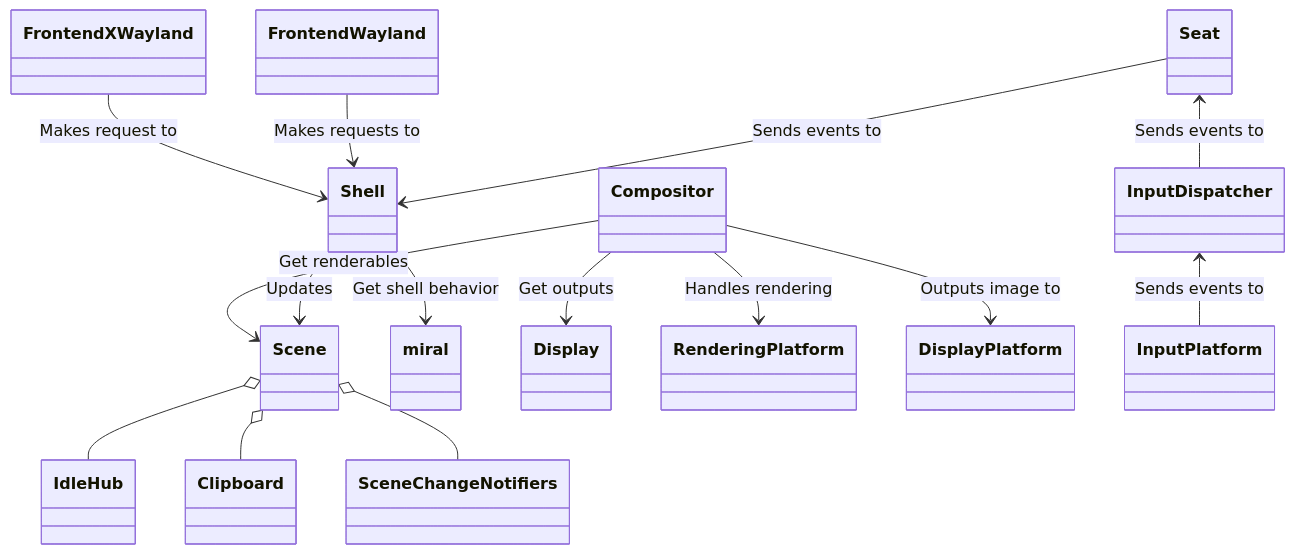
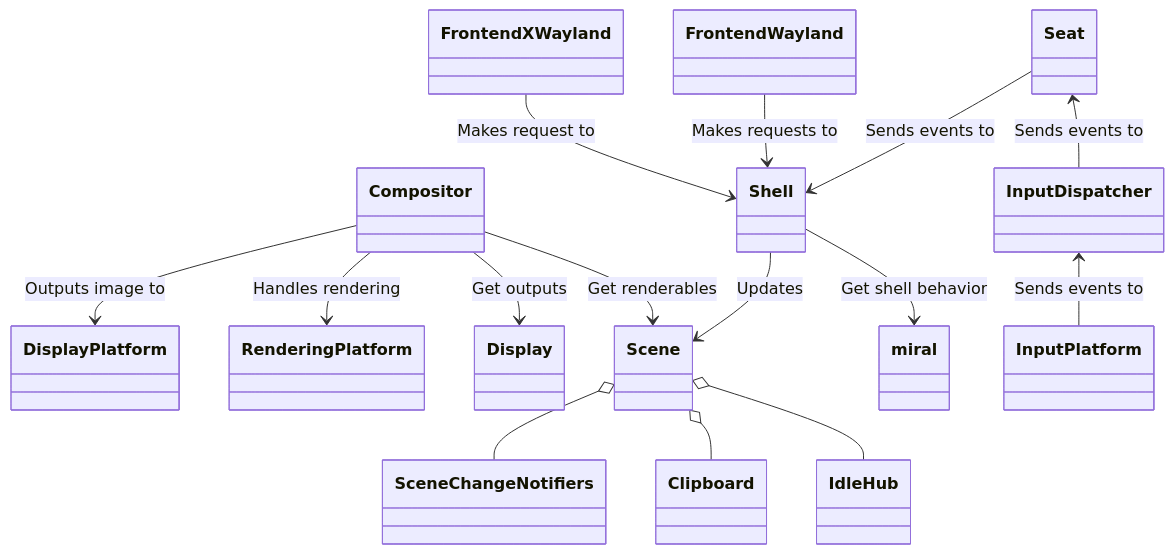
The diagram in doc/sphinx/mirserver.mmd (canonical/mir), drawn with Mermaid before and after one commit. The commit also changed other lines of this file, not shown here.

Commit message:
Diagram organization

```diff
--- a/doc/sphinx/mirserver.mmd
+++ b/doc/sphinx/mirserver.mmd
@@ -1,20 +1,20 @@
 
 classDiagram
-    Shell --> Scene: Updates
-    Shell --> miral: Get shell behavior
     Compositor --> Scene: Get renderables
     Compositor --> Display: Get outputs
     Compositor --> RenderingPlatform: Handles rendering
     Compositor --> DisplayPlatform: Outputs image to
+    Shell --> miral: Get shell behavior
+    Shell --> Scene: Updates
     InputDispatcher <-- InputPlatform: Sends events to
     Seat <-- InputDispatcher: Sends events to
     Seat --> Shell: Sends events to
     FrontendWayland --> Shell: Makes requests to
     FrontendXWayland --> Shell: Makes request to
     Scene o-- IdleHub
     Scene o-- Clipboard
     Scene o-- SceneChangeNotifiers
 
 
     %%Server --> Core
     %%Server --> Common
```
